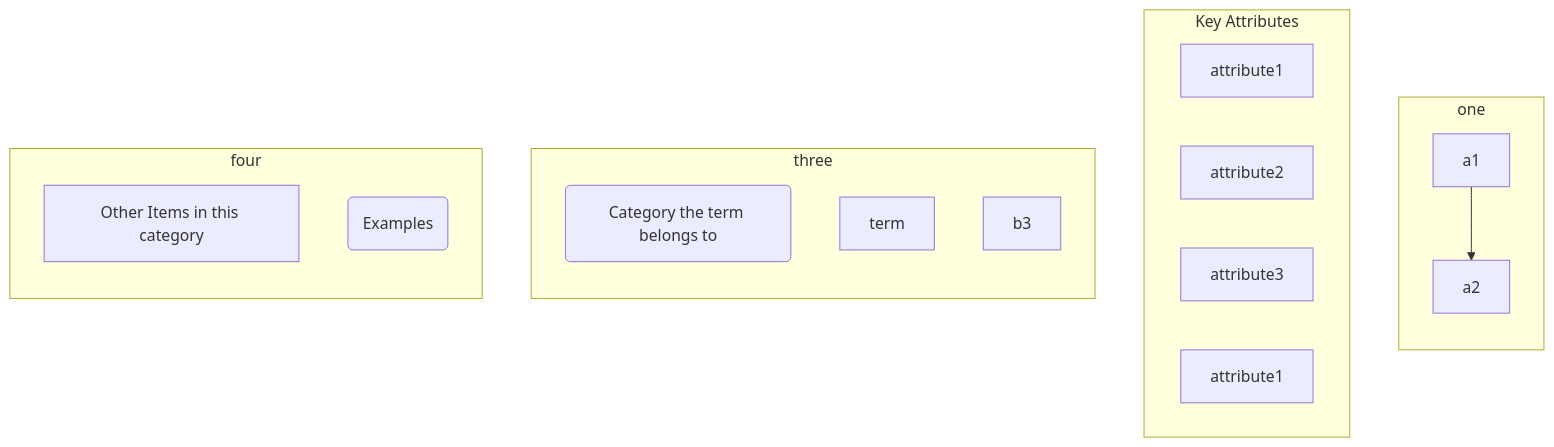
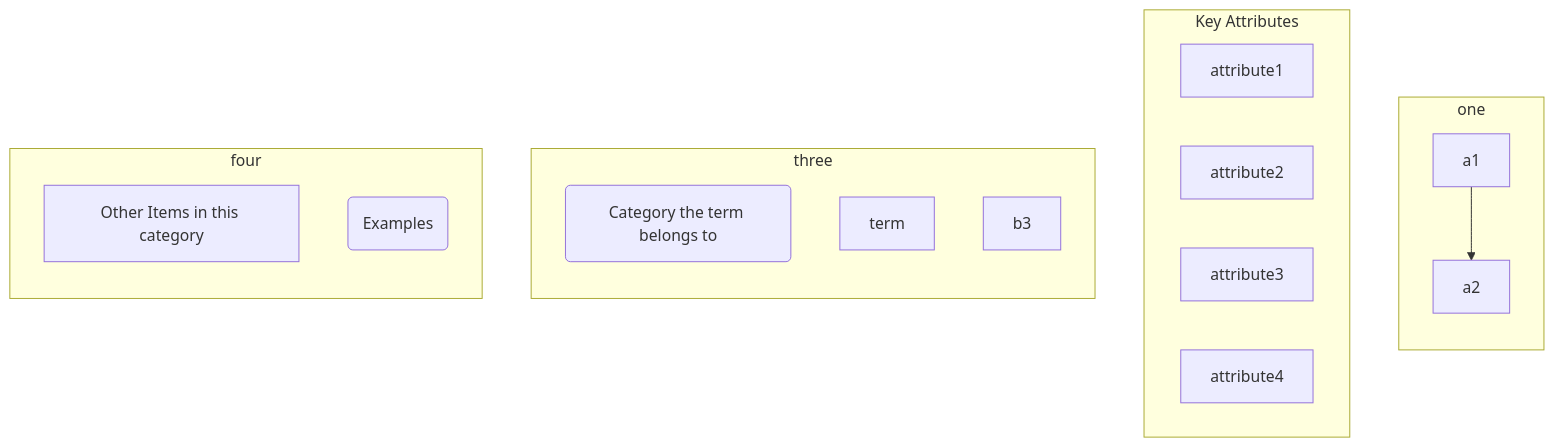
Before and after one commit to gerbssusd/dok: the diagram in slides.md, drawn with Mermaid.

````diff
--- a/slides.md
+++ b/slides.md
@@ -217,30 +217,30 @@
 ```mermaid
 flowchart TB
     subgraph one 
      direction TB
     a1-->a2
      end
     subgraph Key Attributes
      d1[attribute1]
      d2[attribute2]
      d3[attribute3]
-     d4[attribute1]
+     d4[attribute4]
      end
     subgraph three
       direction TB
         b1(Category the term belongs to)
         b2[term]
         b3 
         end
     subgraph four
       direction TB
     c1[Other Items in this category] 
     c2(Examples)
     end
 
 
 
 
 
 
 ```
````
